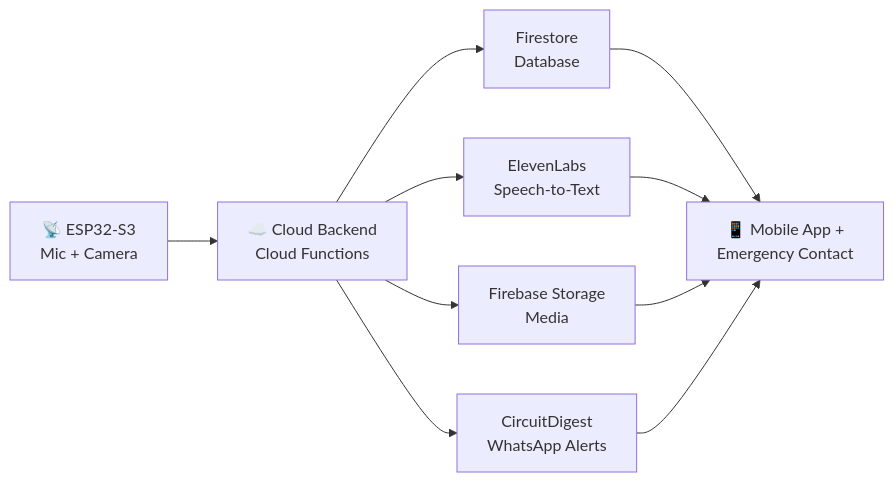
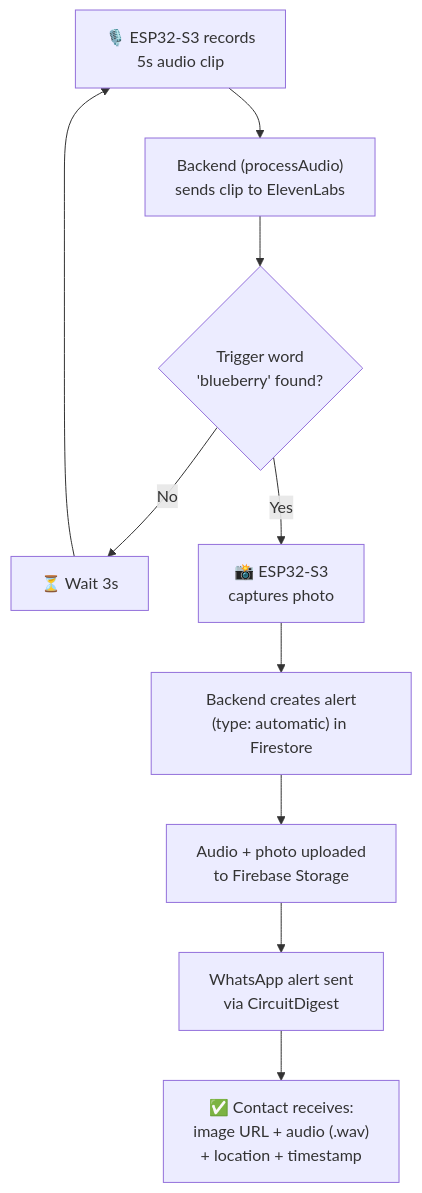
One commit to SubashreeT24/SheAlert changed the second of 3 diagrams in README.md. Above: the diagram before and after it, drawn with Mermaid. The commit also changed other lines of this file, not shown here.

````diff
--- a/README.md
+++ b/README.md
@@ -65,12 +125,11 @@
 ```mermaid
-flowchart LR
-    A["📡 ESP32-S3<br/>Mic + Camera"] --> B["☁️ Cloud Backend<br/>Cloud Functions"]
-    B --> C["Firestore<br/>Database"]
-    B --> D["ElevenLabs<br/>Speech-to-Text"]
-    B --> E["Firebase Storage<br/>Media"]
-    B --> F["CircuitDigest<br/>WhatsApp Alerts"]
-    C --> G["📱 Mobile App +<br/>Emergency Contact"]
-    D --> G
-    E --> G
-    F --> G
+flowchart TD
+    A["🎙️ ESP32-S3 records<br/>5s audio clip"] --> B["Backend (processAudio)<br/>sends clip to ElevenLabs"]
+    B --> C{"Trigger word<br/>'blueberry' found?"}
+    C -- No --> W["⏳ Wait 3s"] --> A
+    C -- Yes --> D["📸 ESP32-S3<br/>captures photo"]
+    D --> E["Backend creates alert<br/>(type: automatic) in Firestore"]
+    E --> F["Audio + photo uploaded<br/>to Firebase Storage"]
+    F --> G["WhatsApp alert sent<br/>via CircuitDigest"]
+    G --> H["✅ Contact receives:<br/>image URL + audio (.wav)<br/>+ location + timestamp"]
 ```
````
